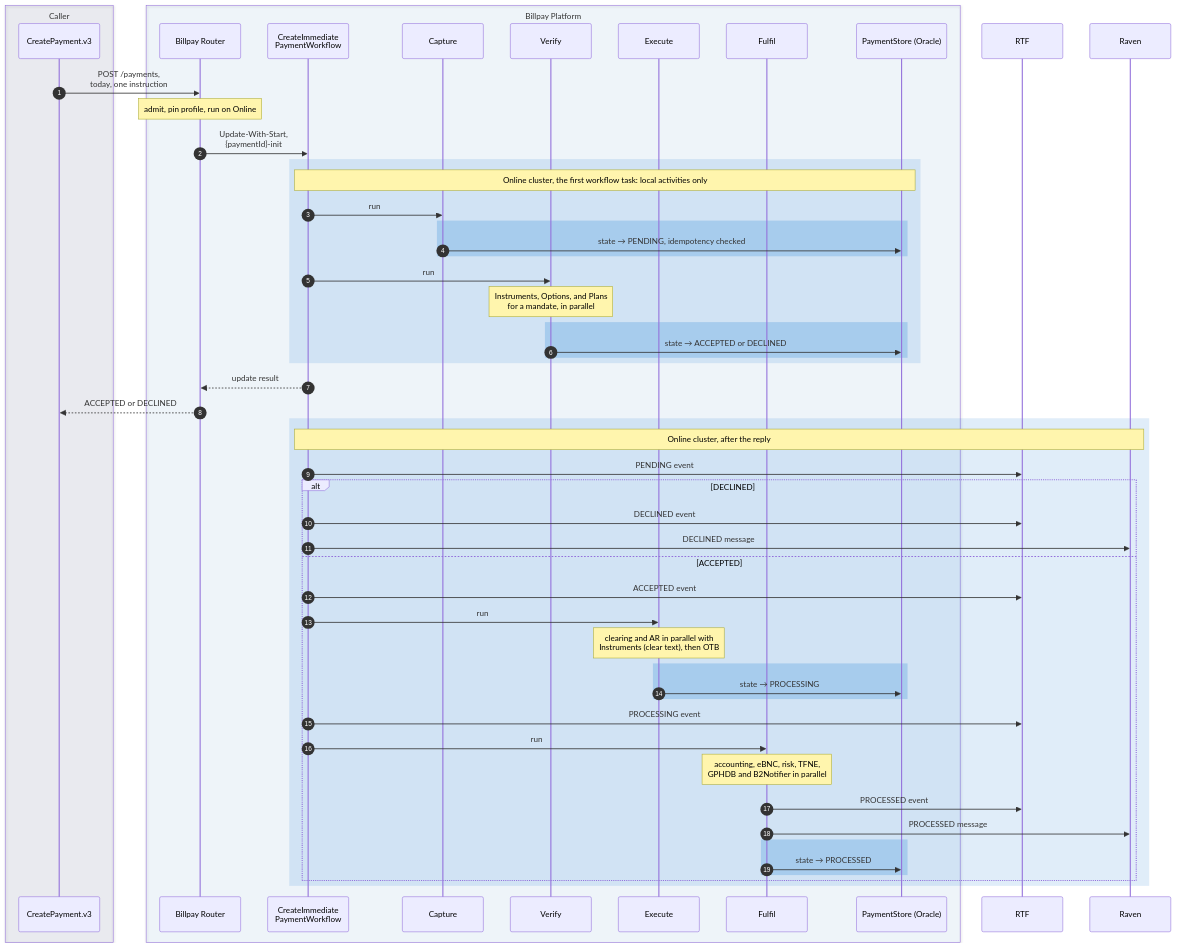
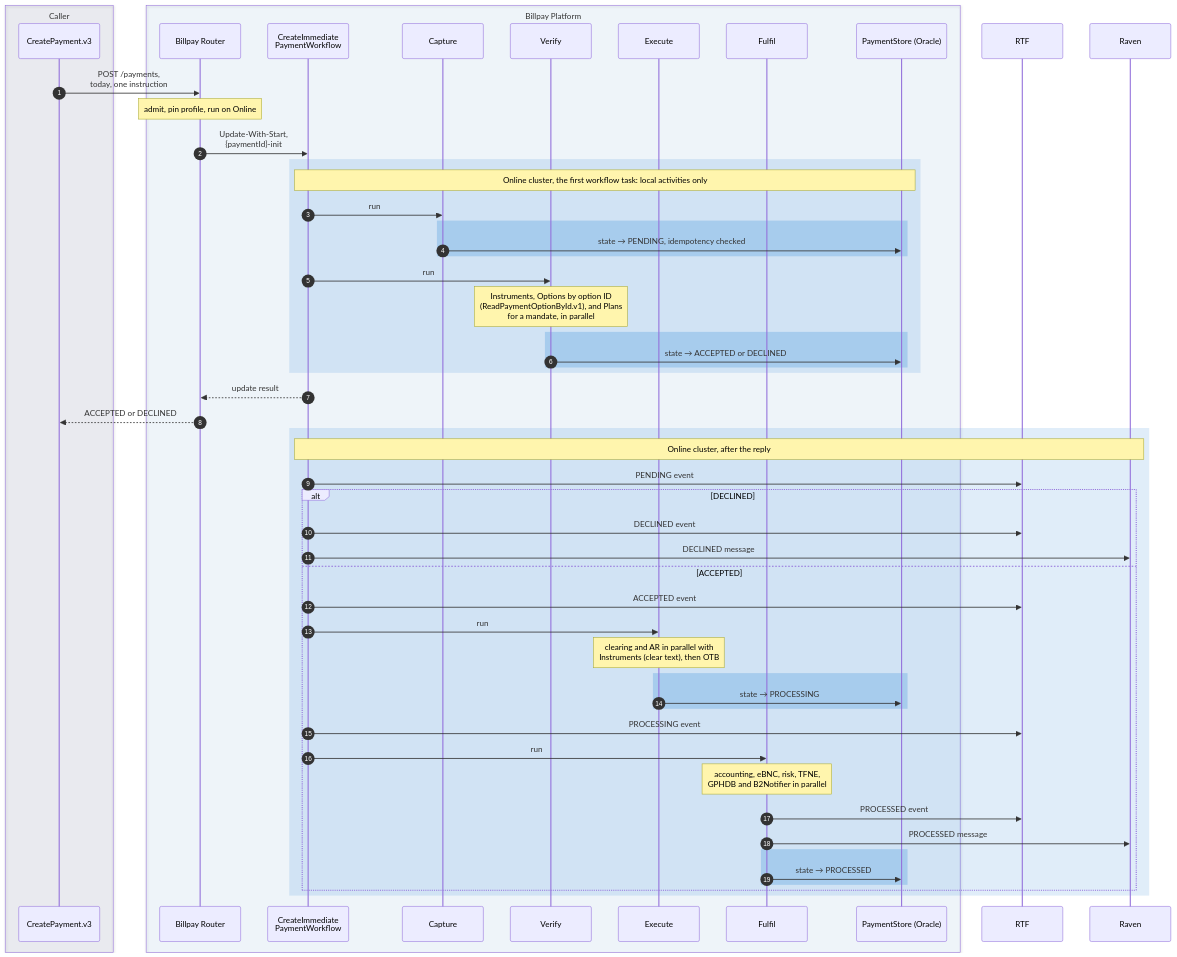
Before and after one commit to arunav-bhattacharya/billpay-book: the first of 16 diagrams in website/docs/design/sequence-diagrams.md, drawn with Mermaid. The commit also changed other lines of this file and 45 other files, not shown here.

First line of the commit message:
Spec and wiki: audit round, payment option ID, own checks first

````diff
--- a/website/docs/design/sequence-diagrams.md
+++ b/website/docs/design/sequence-diagrams.md
@@ -30,70 +30,70 @@
 ```mermaid
 ---
 config:
   fontFamily: "BentonSansUI, Helvetica, Arial, sans-serif"
   fontSize: 15
 ---
 sequenceDiagram
   autonumber
 
   box rgba(0,23,90,0.07) Caller
     participant OD as CreatePayment.v3
   end
 
   box rgba(0,111,207,0.05) Billpay Platform
     participant R as Billpay Router
     participant WF as CreateImmediate<br/>PaymentWorkflow
     participant CAP as Capture
     participant VER as Verify
     participant EXE as Execute
     participant FUL as Fulfil
     participant PS as PaymentStore (Oracle)
   end
 
   participant RTF
   participant RAV as Raven
 
   OD->>R: POST /payments,<br/>today, one instruction
   Note over R: admit, pin profile, run on Online
   R->>WF: Update-With-Start,<br/>{paymentId}-init
 
   rect rgba(0,111,207,0.12)
     Note over WF,PS: Online cluster, the first workflow task: local activities only
     WF->>CAP: run
     rect rgba(102,169,226,0.40)
       CAP->>PS: state → PENDING, idempotency checked
     end
     WF->>VER: run
-    Note over VER: Instruments, Options, and Plans<br/>for a mandate, in parallel
+    Note over VER: Instruments, Options by option ID<br/>(ReadPaymentOptionById.v1), and Plans<br/>for a mandate, in parallel
     rect rgba(102,169,226,0.40)
       VER->>PS: state → ACCEPTED or DECLINED
     end
   end
 
   WF-->>R: update result
   R-->>OD: ACCEPTED or DECLINED
 
   rect rgba(0,111,207,0.12)
     Note over WF,RAV: Online cluster, after the reply
     WF->>RTF: PENDING event
     alt DECLINED
       WF->>RTF: DECLINED event
       WF->>RAV: DECLINED message
     else ACCEPTED
       WF->>RTF: ACCEPTED event
       WF->>EXE: run
       Note over EXE: clearing and AR in parallel with<br/>Instruments (clear text), then OTB
       rect rgba(102,169,226,0.40)
         EXE->>PS: state → PROCESSING
       end
       WF->>RTF: PROCESSING event
       WF->>FUL: run
       Note over FUL: accounting, eBNC, risk, TFNE,<br/>GPHDB and B2Notifier in parallel
       FUL->>RTF: PROCESSED event
       FUL->>RAV: PROCESSED message
       rect rgba(102,169,226,0.40)
         FUL->>PS: state → PROCESSED
       end
     end
   end
 ```
````
